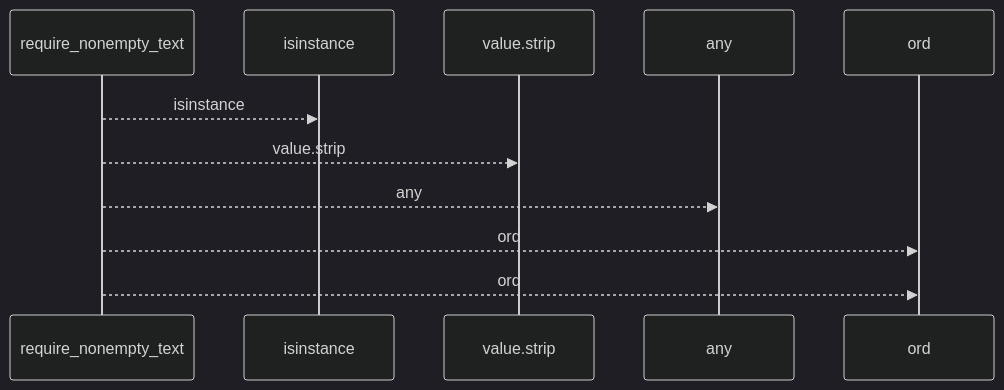
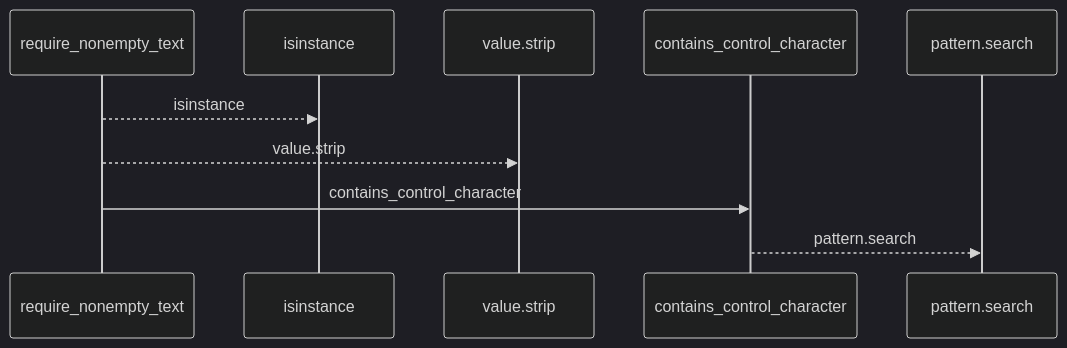
The first of 2 diagrams in docs/llm_wiki/flows/api-require_nonempty_text.md (Denissvgn/python-wiki-llm), drawn with Mermaid (dark theme) before and after one commit. The commit also changed other lines of this file and 865 other files, not shown here.

````diff
--- a/docs/llm_wiki/flows/api-require_nonempty_text.md
+++ b/docs/llm_wiki/flows/api-require_nonempty_text.md
@@ -10,13 +10,12 @@
 ```mermaid
 sequenceDiagram
     participant p0 as require_nonempty_text
     participant p1 as isinstance
     participant p2 as value.strip
-    participant p3 as any
-    participant p4 as ord
+    participant p3 as contains_control_character
+    participant p4 as pattern.search
     p0-->>p1: isinstance
     p0-->>p2: value.strip
-    p0-->>p3: any
-    p0-->>p4: ord
-    p0-->>p4: ord
+    p0->>p3: contains_control_character
+    p3-->>p4: pattern.search
 ```
````
